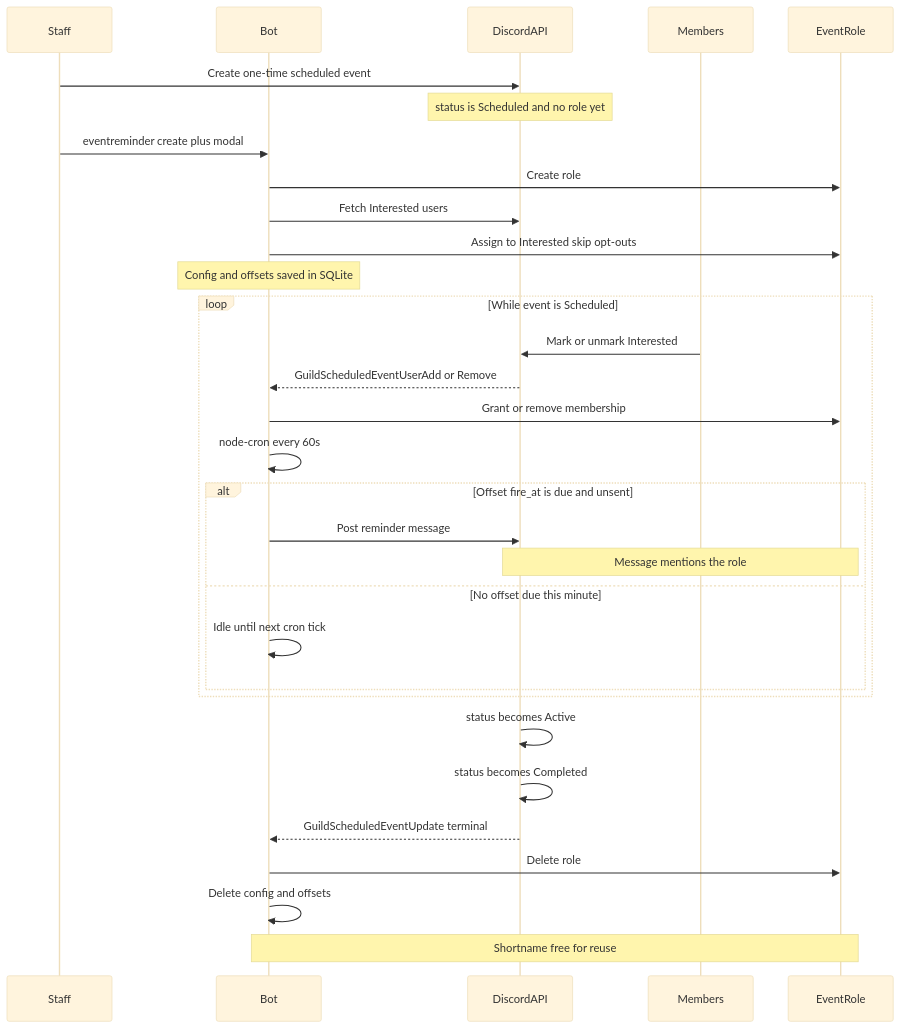
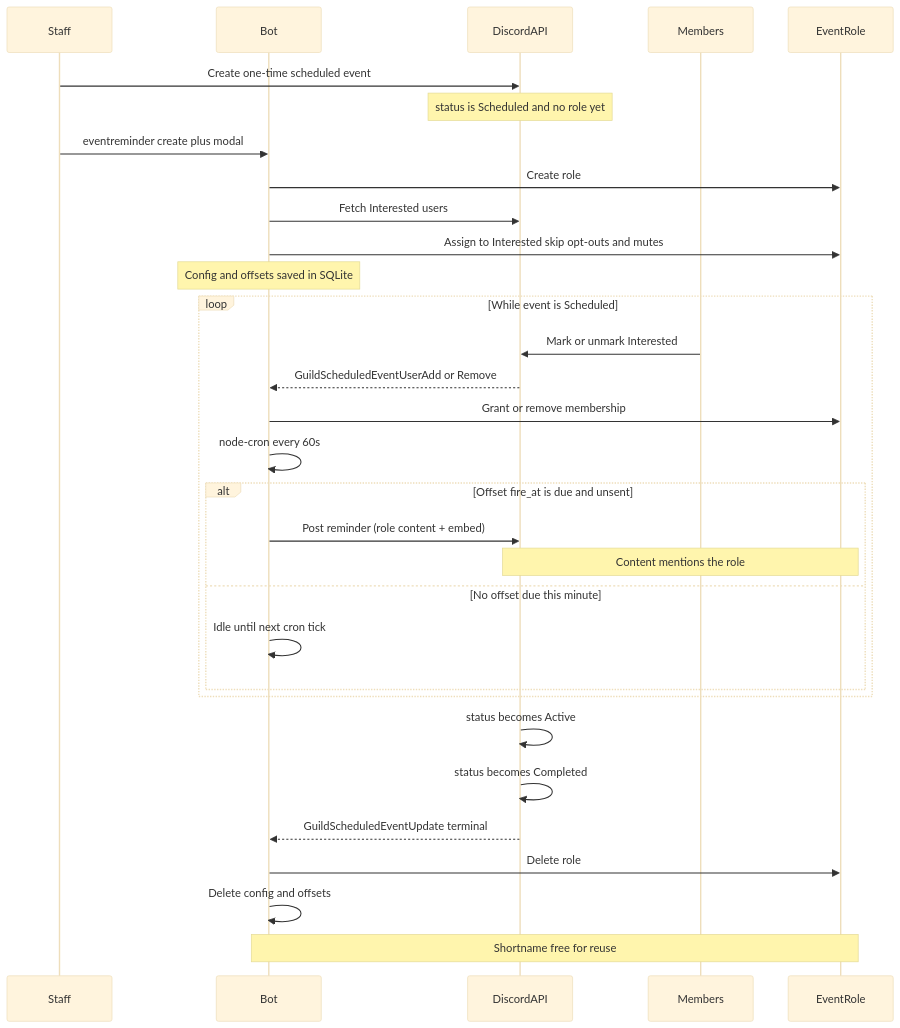
The second of 4 diagrams in docs/event-reminders.md (metalsp0rk/HeisenXP-Bot), drawn with Mermaid (base theme) before and after one commit. The commit also changed other lines of this file and 14 other files, not shown here.

````diff
--- a/docs/event-reminders.md
+++ b/docs/event-reminders.md
@@ -46,37 +46,37 @@
 ```mermaid
 sequenceDiagram
   participant Staff
   participant Bot
   participant Discord as DiscordAPI
   participant Members
   participant Role as EventRole
 
   Staff->>Discord: Create one-time scheduled event
   Note over Discord: status is Scheduled and no role yet
 
   Staff->>Bot: eventreminder create plus modal
   Bot->>Role: Create role
   Bot->>Discord: Fetch Interested users
-  Bot->>Role: Assign to Interested skip opt-outs
+  Bot->>Role: Assign to Interested skip opt-outs and mutes
   Note over Bot: Config and offsets saved in SQLite
 
   loop While event is Scheduled
     Members->>Discord: Mark or unmark Interested
     Discord-->>Bot: GuildScheduledEventUserAdd or Remove
     Bot->>Role: Grant or remove membership
     Bot->>Bot: node-cron every 60s
     alt Offset fire_at is due and unsent
-      Bot->>Discord: Post reminder message
-      Note over Discord,Role: Message mentions the role
+      Bot->>Discord: Post reminder (role content + embed)
+      Note over Discord,Role: Content mentions the role
     else No offset due this minute
       Bot->>Bot: Idle until next cron tick
     end
   end
 
   Discord->>Discord: status becomes Active
   Discord->>Discord: status becomes Completed
   Discord-->>Bot: GuildScheduledEventUpdate terminal
   Bot->>Role: Delete role
   Bot->>Bot: Delete config and offsets
   Note over Bot,Role: Shortname free for reuse
 ```
````
